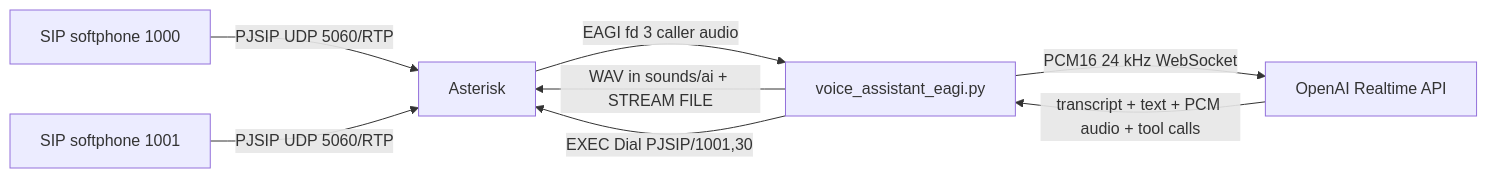
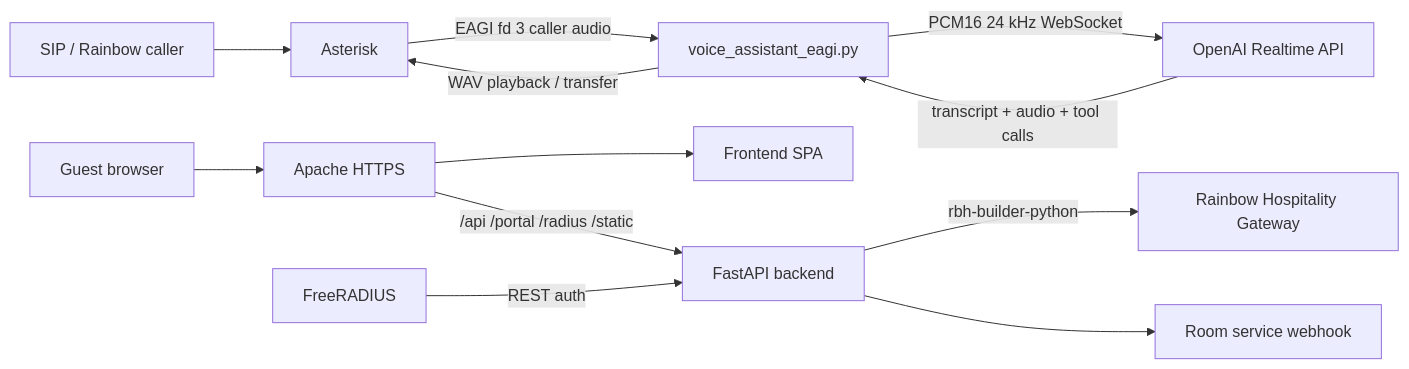
Before and after one commit to Samuelyip74/AI_Voice_Bot_RBH_Hospitality: the diagram in README.md, drawn with Mermaid. The commit also changed other lines of this file and 326 other files, not shown here.

````diff
--- a/README.md
+++ b/README.md
@@ -5,10 +10,15 @@
 ```mermaid
 flowchart LR
-    Phone1000[SIP softphone 1000] -->|PJSIP UDP 5060/RTP| Asterisk[Asterisk]
-    Phone1001[SIP softphone 1001] -->|PJSIP UDP 5060/RTP| Asterisk
+    Phone[SIP / Rainbow caller] --> Asterisk[Asterisk]
     Asterisk -->|EAGI fd 3 caller audio| EAGI[voice_assistant_eagi.py]
     EAGI -->|PCM16 24 kHz WebSocket| OpenAI[OpenAI Realtime API]
-    OpenAI -->|transcript + text + PCM audio + tool calls| EAGI
-    EAGI -->|WAV in sounds/ai + STREAM FILE| Asterisk
-    EAGI -->|EXEC Dial PJSIP/1001,30| Asterisk
+    OpenAI -->|transcript + audio + tool calls| EAGI
+    EAGI -->|WAV playback / transfer| Asterisk
+
+    Browser[Guest browser] --> Apache[Apache HTTPS]
+    Apache --> Frontend[Frontend SPA]
+    Apache -->|/api /portal /radius /static| FastAPI[FastAPI backend]
+    FastAPI -->|rbh-builder-python| RHG[Rainbow Hospitality Gateway]
+    FastAPI --> RoomService[Room service webhook]
+    FreeRADIUS[FreeRADIUS] -->|REST auth| FastAPI
 ```
````
